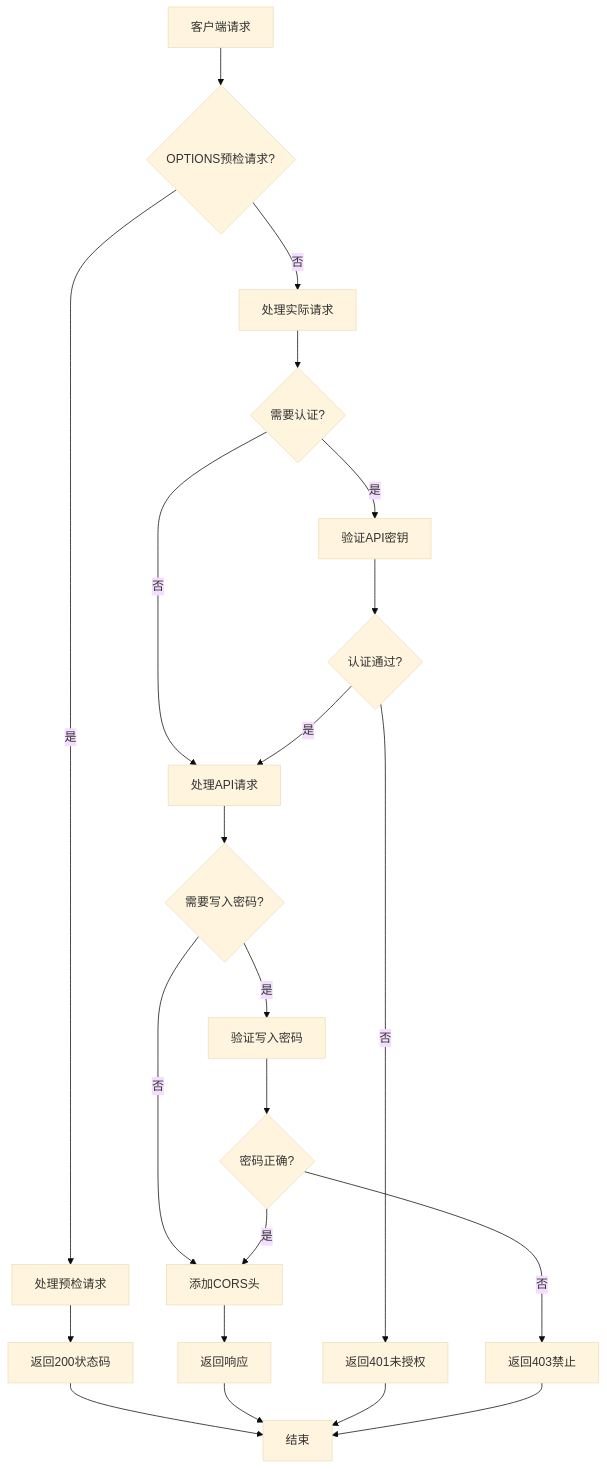
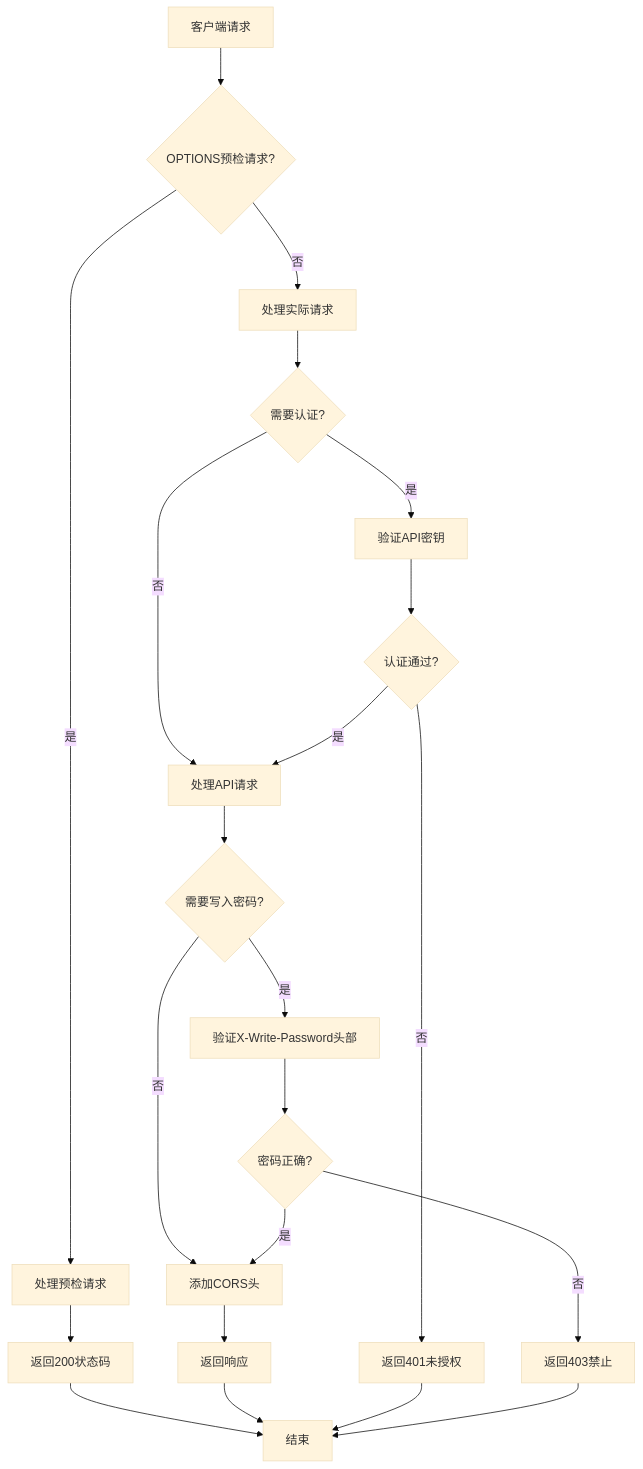
Before and after one commit to steveyu2/formula-mapper: the ninth of 15 diagrams in .qoder/repowiki/zh/content/用户指南/数据管理/云存储系统.md, drawn with Mermaid (base theme). The commit also changed other lines of this file and 12 other files, not shown here.

````diff
--- a/.qoder/repowiki/zh/content/用户指南/数据管理/云存储系统.md
+++ b/.qoder/repowiki/zh/content/用户指南/数据管理/云存储系统.md
@@ -496,24 +527,24 @@
 ```mermaid
 flowchart TD
 Request[客户端请求] --> Preflight{OPTIONS预检请求?}
 Preflight --> |是| HandlePreflight[处理预检请求]
 HandlePreflight --> Return200[返回200状态码]
 Return200 --> End[结束]
 Preflight --> |否| ProcessRequest[处理实际请求]
 ProcessRequest --> CheckAuth{需要认证?}
 CheckAuth --> |是| ValidateAuth[验证API密钥]
 CheckAuth --> |否| ProcessAPI[处理API请求]
 ValidateAuth --> AuthValid{认证通过?}
 AuthValid --> |是| ProcessAPI
 AuthValid --> |否| Return401[返回401未授权]
 ProcessAPI --> CheckWritePassword{需要写入密码?}
-CheckWritePassword --> |是| ValidateWritePassword[验证写入密码]
+CheckWritePassword --> |是| ValidateWritePassword[验证X-Write-Password头部]
 CheckWritePassword --> |否| AddCORS[添加CORS头]
 ValidateWritePassword --> PasswordValid{密码正确?}
 PasswordValid --> |是| AddCORS
 PasswordValid --> |否| Return403[返回403禁止]
 AddCORS --> ReturnResponse[返回响应]
 ReturnResponse --> End
 Return401 --> End
 Return403 --> End
 ```
````
